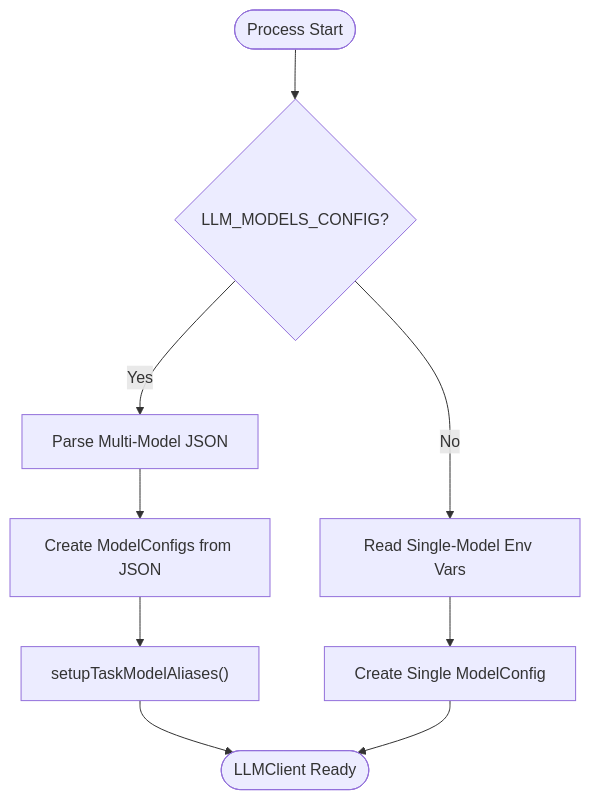
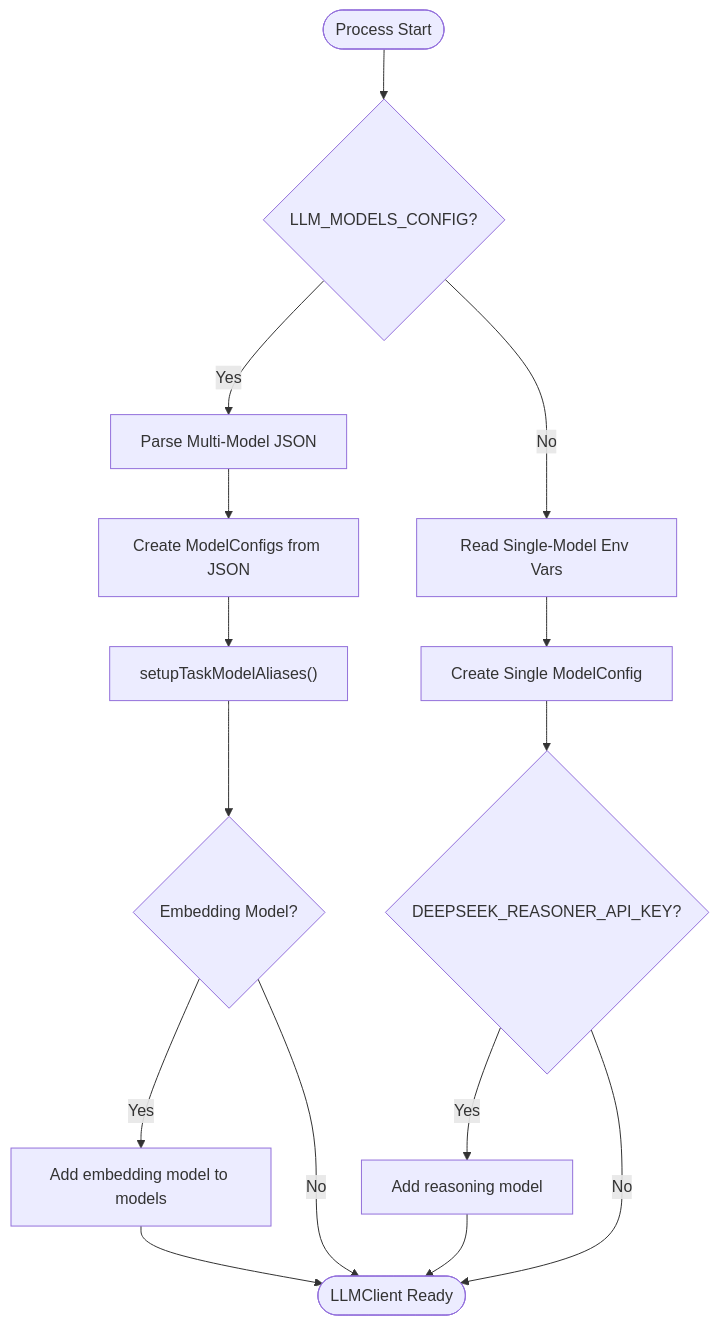
One commit to liwonder/NARRITIVE_OS changed the fourth of 7 diagrams in .qoder/repowiki/en/content/Engine Architecture/LLM Integration Layer.md. Above: the diagram before and after it, drawn with Mermaid. The commit also changed other lines of this file and 78 other files, not shown here.

````diff
--- a/.qoder/repowiki/en/content/Engine Architecture/LLM Integration Layer.md
+++ b/.qoder/repowiki/en/content/Engine Architecture/LLM Integration Layer.md
@@ -226,11 +250,17 @@
 ```mermaid
 flowchart TD
 Start(["Process Start"]) --> CheckConfig{"LLM_MODELS_CONFIG?"}
 CheckConfig --> |Yes| ParseJSON["Parse Multi-Model JSON"]
 CheckConfig --> |No| LoadEnv["Read Single-Model Env Vars"]
 ParseJSON --> CreateModels["Create ModelConfigs from JSON"]
 CreateModels --> SetupAliases["setupTaskModelAliases()"]
-SetupAliases --> Ready(["LLMClient Ready"])
+SetupAliases --> CheckEmbedding{"Embedding Model?"}
+CheckEmbedding --> |Yes| AddEmbedding["Add embedding model to models"]
+CheckEmbedding --> |No| Ready(["LLMClient Ready"])
 LoadEnv --> CreateSingle["Create Single ModelConfig"]
-CreateSingle --> Ready
+CreateSingle --> CheckReasoning{"DEEPSEEK_REASONER_API_KEY?"}
+CheckReasoning --> |Yes| AddReasoning["Add reasoning model"]
+CheckReasoning --> |No| Ready
+AddReasoning --> Ready
+AddEmbedding --> Ready
 ```
````
